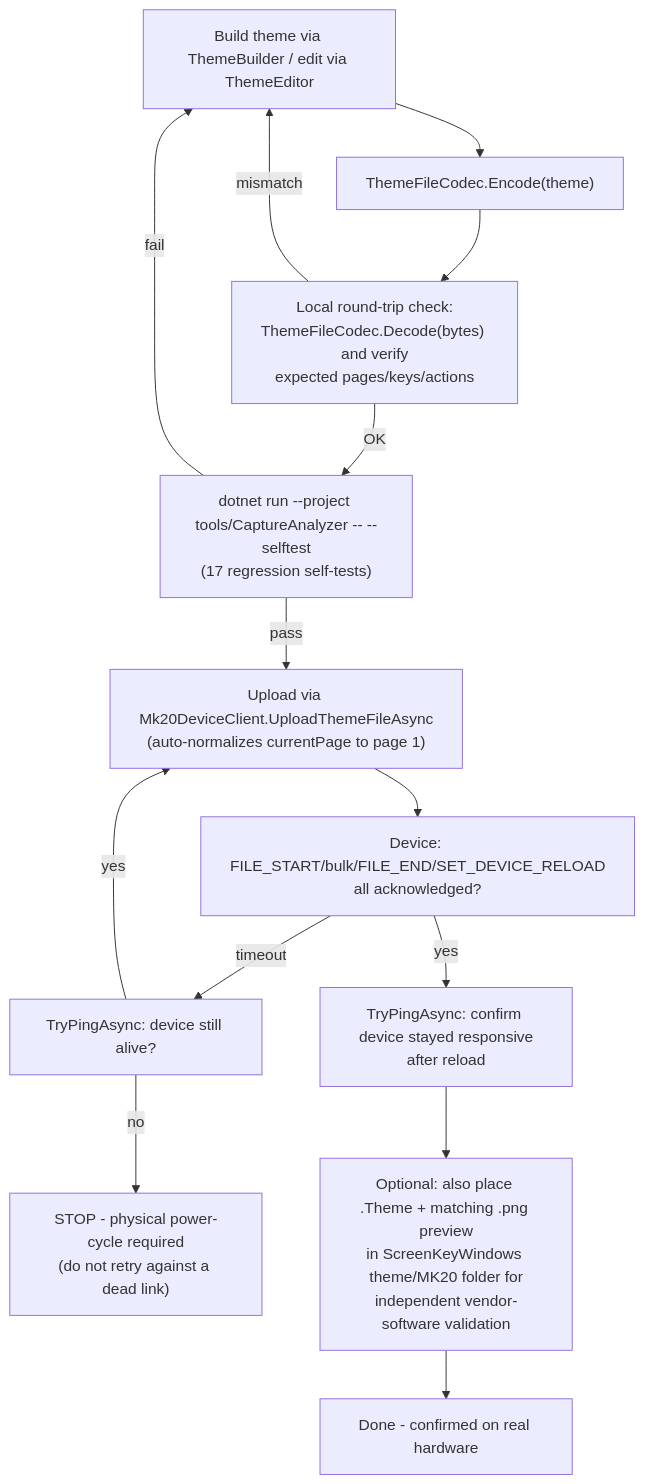
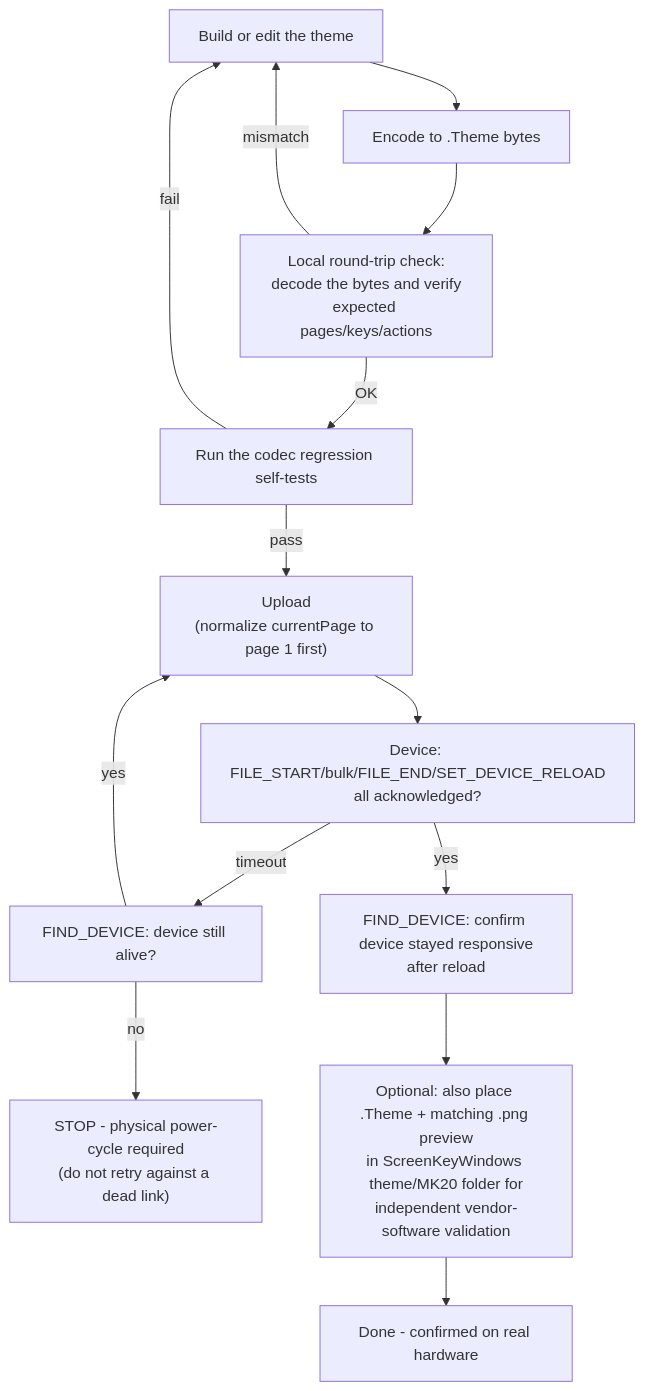
Before and after one commit to alexmuraru27/MK20Control: the seventh of 9 diagrams in PROTOCOL_WAVESHARE_MK20.md, drawn with Mermaid. The commit also changed other lines of this file and 54 other files, not shown here.

````diff
--- a/PROTOCOL_WAVESHARE_MK20.md
+++ b/PROTOCOL_WAVESHARE_MK20.md
@@ -483,16 +529,16 @@
 ```mermaid
 flowchart TD
-    A["Build theme via ThemeBuilder / edit via ThemeEditor"] --> B["ThemeFileCodec.Encode(theme)"]
-    B --> C["Local round-trip check:\nThemeFileCodec.Decode(bytes) and verify\nexpected pages/keys/actions"]
+    A["Build or edit the theme"] --> B["Encode to .Theme bytes"]
+    B --> C["Local round-trip check:\ndecode the bytes and verify\nexpected pages/keys/actions"]
     C -->|mismatch| A
-    C -->|OK| D["dotnet run --project tools/CaptureAnalyzer -- --selftest\n(17 regression self-tests)"]
+    C -->|OK| D["Run the codec regression self-tests"]
     D -->|fail| A
-    D -->|pass| E["Upload via Mk20DeviceClient.UploadThemeFileAsync\n(auto-normalizes currentPage to page 1)"]
+    D -->|pass| E["Upload\n(normalize currentPage to page 1 first)"]
     E --> F["Device: FILE_START/bulk/FILE_END/SET_DEVICE_RELOAD\nall acknowledged?"]
-    F -->|timeout| G["TryPingAsync: device still alive?"]
+    F -->|timeout| G["FIND_DEVICE: device still alive?"]
     G -->|no| H["STOP - physical power-cycle required\n(do not retry against a dead link)"]
     G -->|yes| E
-    F -->|yes| I["TryPingAsync: confirm device stayed responsive\nafter reload"]
+    F -->|yes| I["FIND_DEVICE: confirm device stayed responsive\nafter reload"]
     I --> J["Optional: also place .Theme + matching .png preview\nin ScreenKeyWindows theme/MK20 folder for\nindependent vendor-software validation"]
     J --> K["Done - confirmed on real hardware"]
 ```
````
